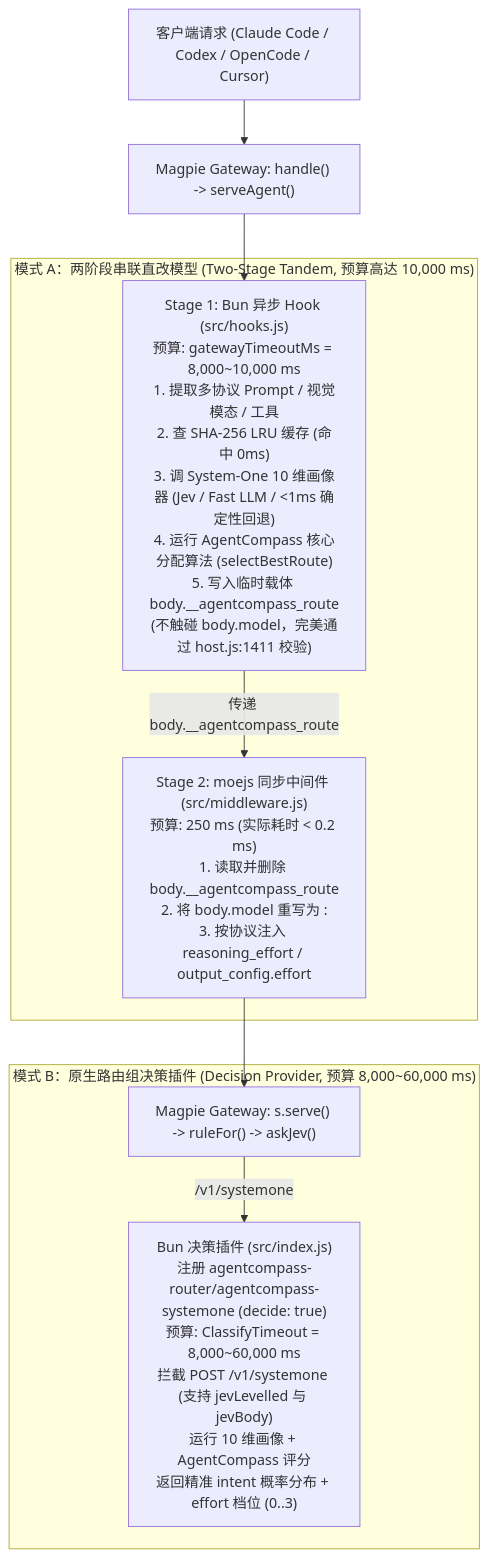
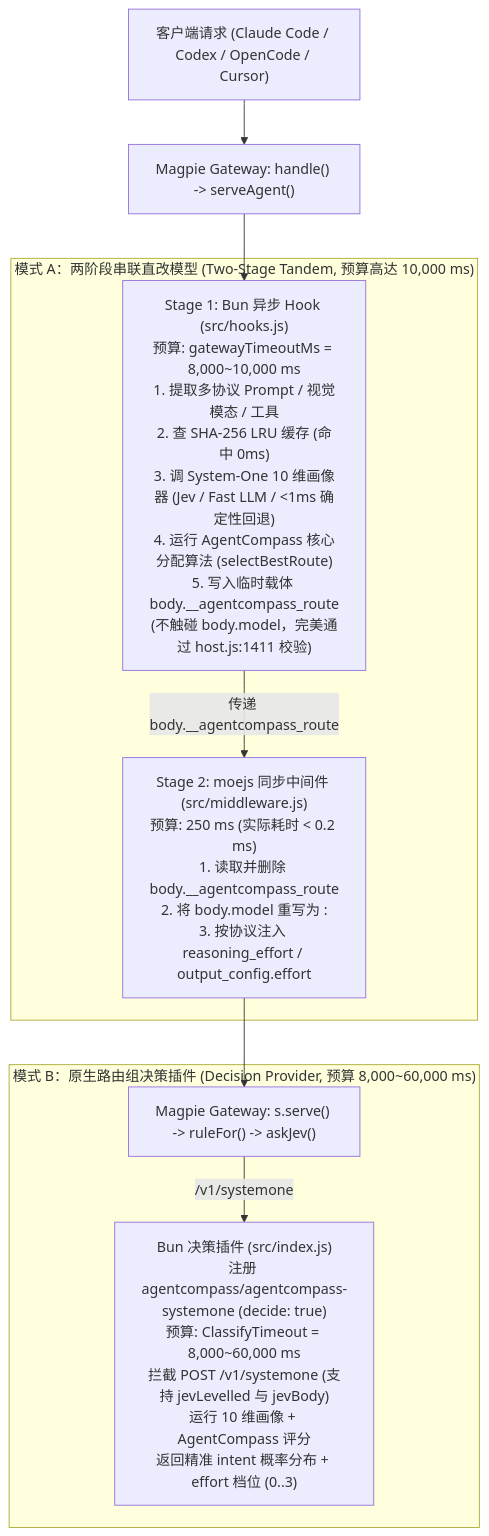
The diagram in docs/RESEARCH_AND_SCHEME.md (akiiwa-games/magpie-agentcompass-router), drawn with Mermaid before and after one commit. The commit also changed other lines of this file and 10 other files, not shown here.

````diff
--- a/docs/RESEARCH_AND_SCHEME.md
+++ b/docs/RESEARCH_AND_SCHEME.md
@@ -48,19 +48,19 @@
 ```mermaid
 flowchart TD
     Client["客户端请求 (Claude Code / Codex / OpenCode / Cursor)"] --> Handle["Magpie Gateway: handle() -> serveAgent()"]
     
     subgraph ModeA["模式 A：两阶段串联直改模型 (Two-Stage Tandem, 预算高达 10,000 ms)"]
         Hook["Stage 1: Bun 异步 Hook (src/hooks.js)\n预算: gatewayTimeoutMs = 8,000~10,000 ms\n1. 提取多协议 Prompt / 视觉模态 / 工具\n2. 查 SHA-256 LRU 缓存 (命中 0ms)\n3. 调 System-One 10 维画像器 (Jev / Fast LLM / <1ms 确定性回退)\n4. 运行 AgentCompass 核心分配算法 (selectBestRoute)\n5. 写入临时载体 body.__agentcompass_route\n(不触碰 body.model，完美通过 host.js:1411 校验)"]
         MW["Stage 2: moejs 同步中间件 (src/middleware.js)\n预算: 250 ms (实际耗时 < 0.2 ms)\n1. 读取并删除 body.__agentcompass_route\n2. 将 body.model 重写为 <targetModel>:<targetEffort>\n3. 按协议注入 reasoning_effort / output_config.effort"]
         Hook -->|"传递 body.__agentcompass_route"| MW
     end
 
     subgraph ModeB["模式 B：原生路由组决策插件 (Decision Provider, 预算 8,000~60,000 ms)"]
         Serve["Magpie Gateway: s.serve() -> ruleFor() -> askJev()"]
-        Decide["Bun 决策插件 (src/index.js)\n注册 agentcompass-router/agentcompass-systemone (decide: true)\n预算: ClassifyTimeout = 8,000~60,000 ms\n拦截 POST /v1/systemone (支持 jevLevelled 与 jevBody)\n运行 10 维画像 + AgentCompass 评分\n返回精准 intent 概率分布 + effort 档位 (0..3)"]
+        Decide["Bun 决策插件 (src/index.js)\n注册 agentcompass/agentcompass-systemone (decide: true)\n预算: ClassifyTimeout = 8,000~60,000 ms\n拦截 POST /v1/systemone (支持 jevLevelled 与 jevBody)\n运行 10 维画像 + AgentCompass 评分\n返回精准 intent 概率分布 + effort 档位 (0..3)"]
         Serve -->|"/v1/systemone"| Decide
     end
 
     Handle --> Hook
     MW --> Serve
 ```
````
